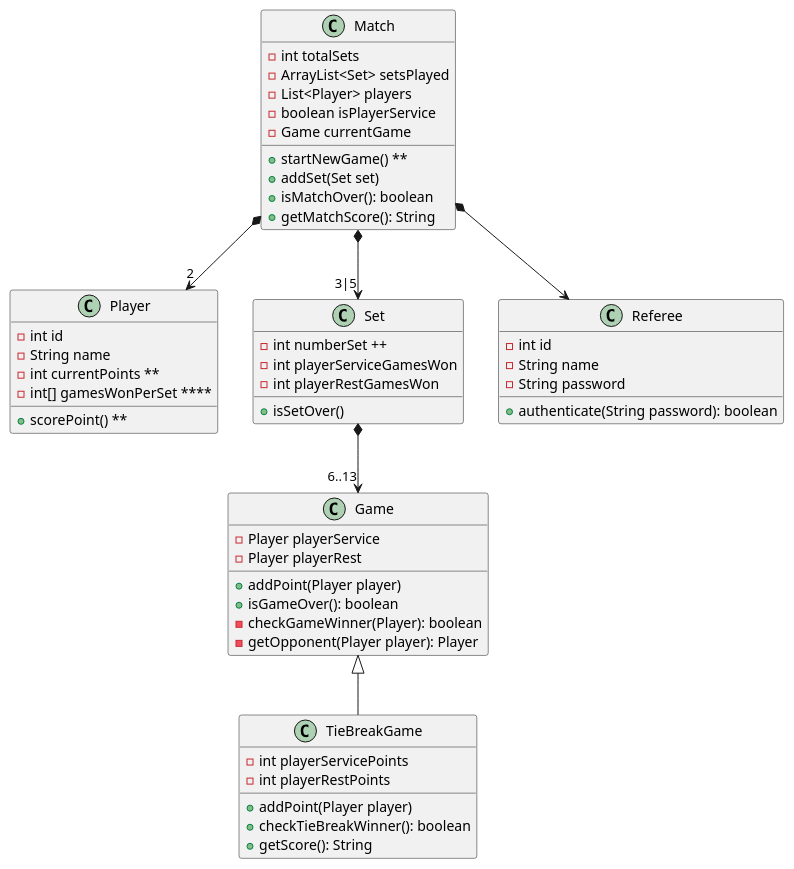
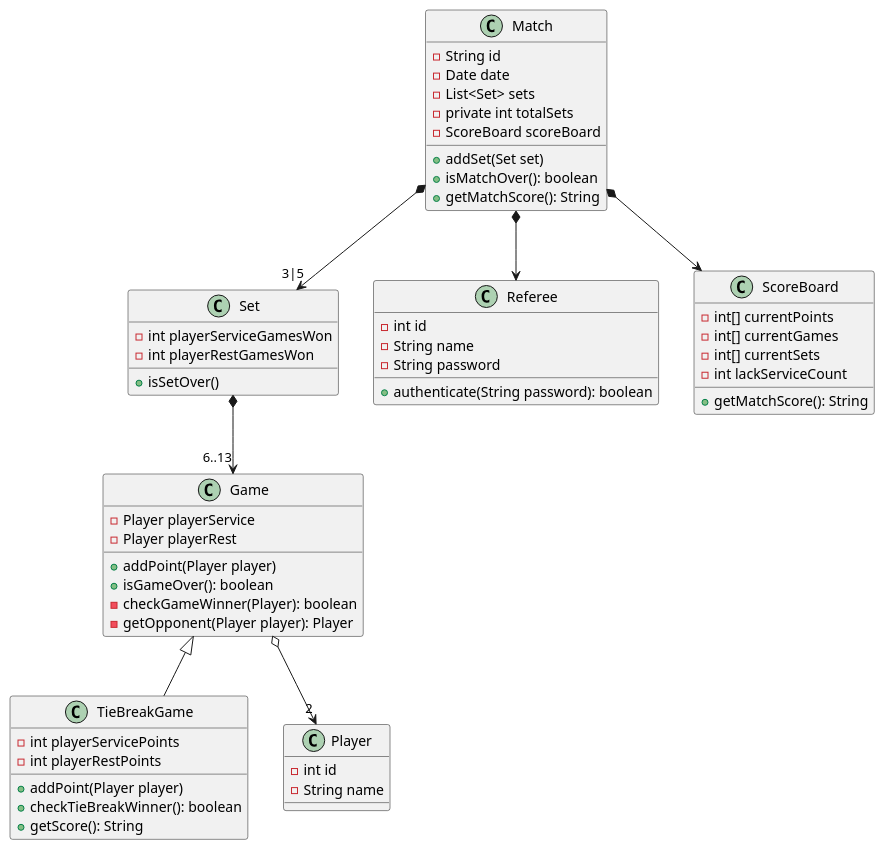
Before and after one commit to rafaelacirino/IWVG: the diagram in docs/diagrams/ClassDiagram.plantuml, drawn with PlantUML. The commit also changed 1 other file, not shown here.

Commit message:
added diagrams, no modified yet #4

```diff
--- a/docs/diagrams/ClassDiagram.plantuml
+++ b/docs/diagrams/ClassDiagram.plantuml
@@ -1,69 +1,74 @@
 @startuml
 
-Match *-down-> "2" Player
+
 Match *-down-> "3|5" Set
 Match *-down-> Referee
+Match *-down-> ScoreBoard
 
 Set *-down-> "6..13" Game
 
 Game <|-down- TieBreakGame
-
+Game o-down-> "2" Player
 
 class Match {
-- int totalSets
-- ArrayList<Set> setsPlayed
-- List<Player> players
-- boolean isPlayerService
-- Game currentGame
+- String id
+- Date date
+- List<Set> sets
+- private int totalSets
+- ScoreBoard scoreBoard
 
-+ startNewGame() **
 + addSet(Set set)
 + isMatchOver(): boolean
 + getMatchScore(): String
 }
 
 class Player {
 - int id
 - String name
-- int currentPoints **
-- int[] gamesWonPerSet ****
 
-+ scorePoint() **
 }
 
 class Referee {
 - int id
 - String name
 - String password
 
 + authenticate(String password): boolean
 }
 
 class Set {
-- int numberSet ++
 - int playerServiceGamesWon
 - int playerRestGamesWon
 
 + isSetOver()
 }
 
 class Game {
 - Player playerService
 - Player playerRest
 
 + addPoint(Player player)
 + isGameOver(): boolean
 - checkGameWinner(Player): boolean
 - getOpponent(Player player): Player
 }
 
 class TieBreakGame {
 - int playerServicePoints
 - int playerRestPoints
 
 + addPoint(Player player)
 + checkTieBreakWinner(): boolean
 + getScore(): String
 }
 
+class ScoreBoard {
+- int[] currentPoints
+- int[] currentGames
+- int[] currentSets
+- int lackServiceCount
+
++ getMatchScore(): String
+}
+
 @enduml
```
